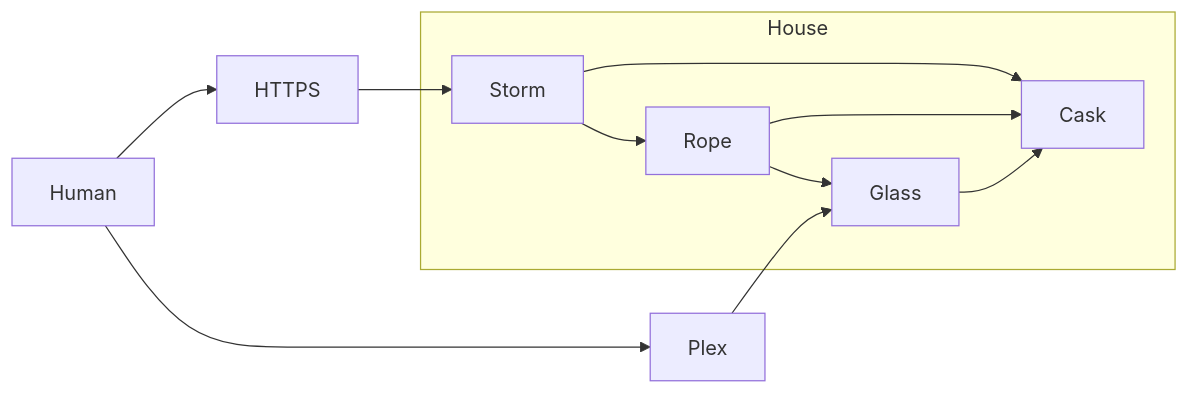
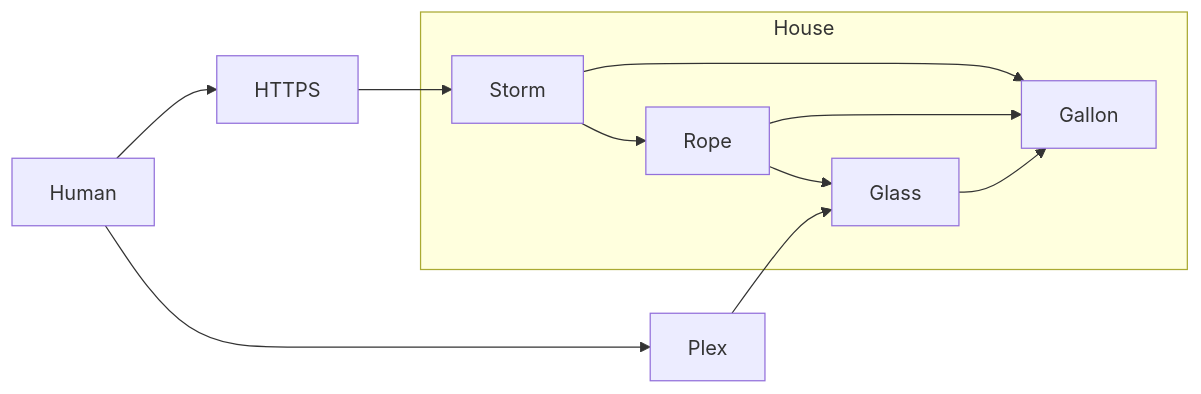
One commit to icco/writing changed the diagram in posts/745.md. Above: the diagram before and after it, drawn with Mermaid. The commit also changed other lines of this file, not shown here.

````diff
--- a/posts/745.md
+++ b/posts/745.md
@@ -15,20 +15,20 @@
 ```mermaid
 flowchart LR;
 
 subgraph AA [House]
     Glass;
     Storm;
     Rope;
-    Cask;
+    Gallon;
 end
 
 Human-->HTTPS;
 Human-->Plex;
 Plex-->Glass;
 HTTPS-->Storm;
-Storm-->Cask;
+Storm-->Gallon;
 Storm-->Rope;
-Rope-->Cask;
-Glass-->Cask;
+Rope-->Gallon;
+Glass-->Gallon;
 Rope-->Glass;
 ```
````
